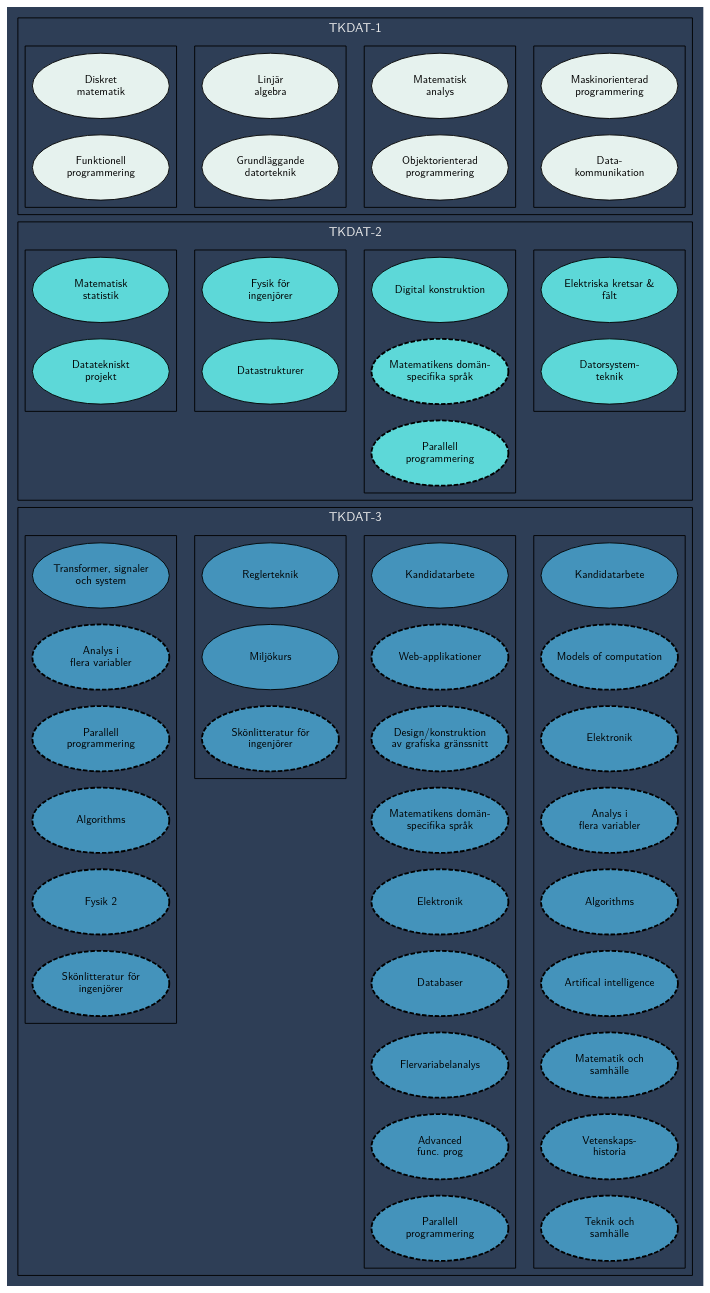
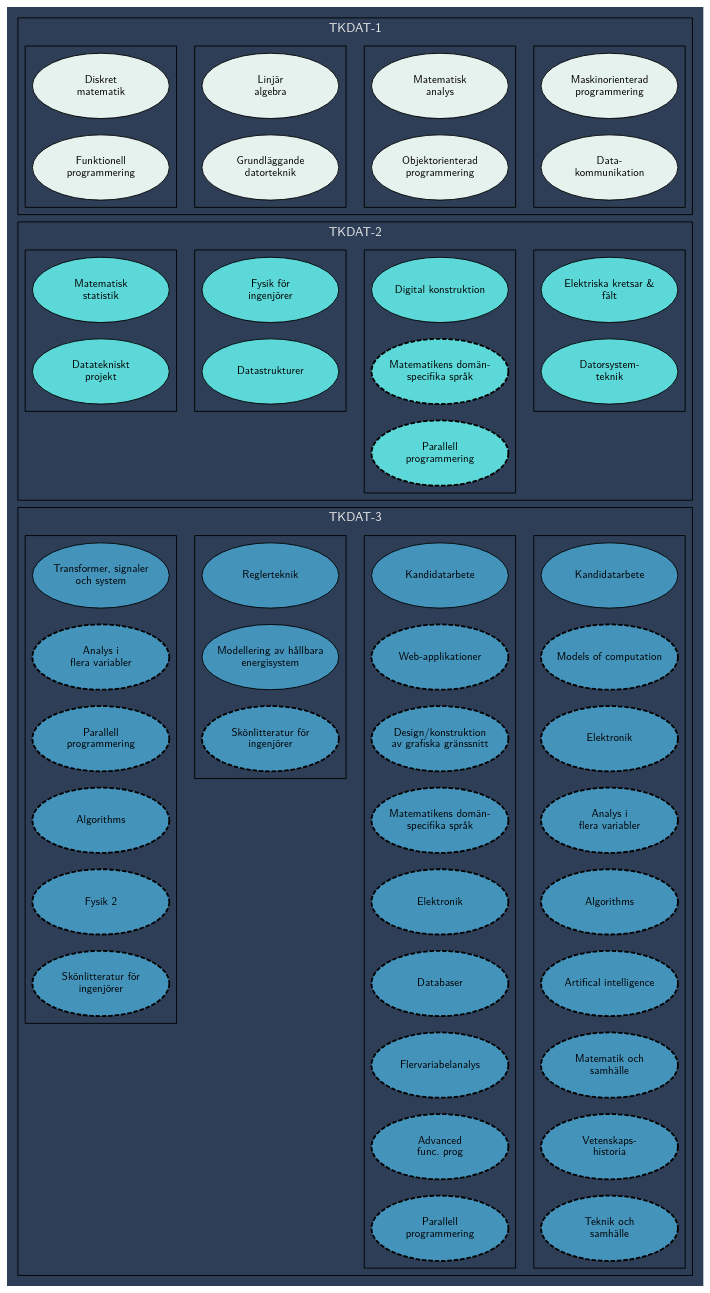
Before and after one commit to alundb/DNS-interaktiv-kursgraf: the diagram in test.dot, drawn with Graphviz. The commit also changed 4 other files, not shown here.

```diff
--- a/test.dot
+++ b/test.dot
@@ -78,7 +78,7 @@
 		}
 		subgraph cluster_3_2 {
 			regler   [label = "Reglerteknik"]
-			barsaft  [label = "Miljökurs"]
+			barsaft  [label = "Modellering av hållbara\nenergisystem"]
 			node 		[style="dashed, filled", penwidth=2]
 			skon     [label = "Skönlitteratur för \ningenjörer"]
 
```
